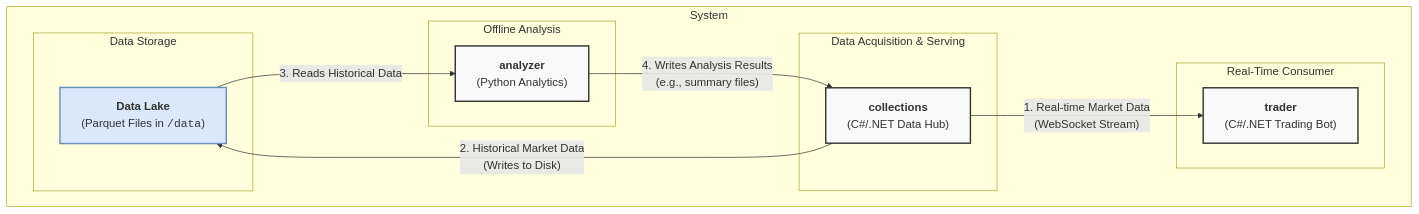
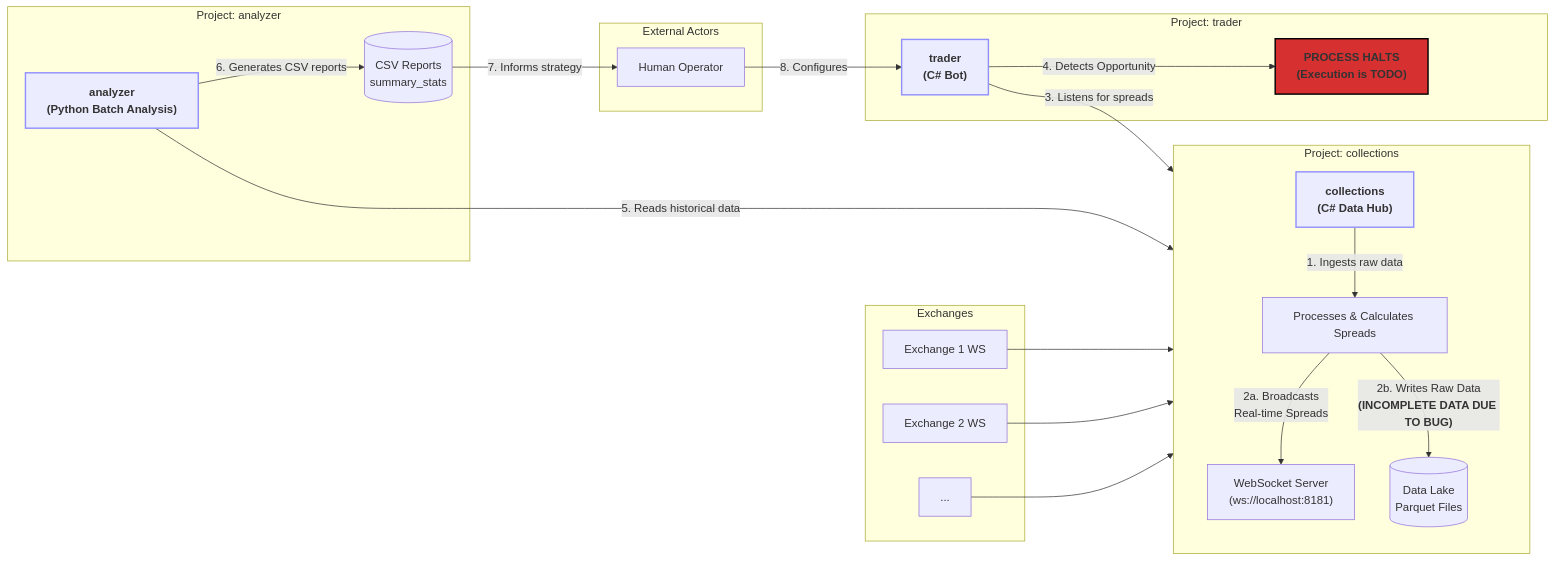
One commit to Gogi213/arb1 changed the diagram in docs/overall_mermaid/system_diagram.mmd. Above: the diagram before and after it, drawn with Mermaid. The commit also changed 13 other files, not shown here.

```diff
--- a/docs/overall_mermaid/system_diagram.mmd
+++ b/docs/overall_mermaid/system_diagram.mmd
@@ -1,29 +1,39 @@
-graph TD
-    subgraph System
-        direction LR
-
-        subgraph "Data Acquisition & Serving"
-            A_Collections["<b>collections</b><br>(C#/.NET Data Hub)"]
-        end
-
-        subgraph "Real-Time Consumer"
-            B_Trader["<b>trader</b><br>(C#/.NET Trading Bot)"]
-        end
-
-        subgraph "Offline Analysis"
-            C_Analyzer["<b>analyzer</b><br>(Python Analytics)"]
-        end
-
-        subgraph "Data Storage"
-            D_DataLake["<b>Data Lake</b><br>(Parquet Files in <code>/data</code>)"]
-        end
+graph LR
+    subgraph Exchanges
+        E1[Exchange 1 WS]
+        E2[Exchange 2 WS]
+        E3[...]
     end
 
-    A_Collections -- "1. Real-time Market Data<br>(WebSocket Stream)" --> B_Trader
-    A_Collections -- "2. Historical Market Data<br>(Writes to Disk)" --> D_DataLake
-    D_DataLake -- "3. Reads Historical Data" --> C_Analyzer
-    C_Analyzer -- "4. Writes Analysis Results<br>(e.g., summary files)" --> A_Collections
+    subgraph "Project: collections"
+        direction TB
+        A["<b>collections</b><br>(C# Data Hub)"]
+        A -- "1. Ingests raw data" --> P1["Processes & Calculates Spreads"]
+        P1 -- "2a. Broadcasts<br>Real-time Spreads" --> WS_Out["WebSocket Server<br>(ws://localhost:8181)"]
+        P1 -- "2b. Writes Raw Data<br><b>(INCOMPLETE DATA DUE TO BUG)</b>" --> D_DataLake[(Data Lake<br>Parquet Files)]
+    end
+    
+    subgraph "Project: trader"
+        B["<b>trader</b><br>(C# Bot)"]
+        B -- "3. Listens for spreads" --> WS_Out
+        B -- "4. Detects Opportunity" --> B_HALT["<b>PROCESS HALTS<br>(Execution is TODO)</b>"]
+        style B_HALT fill:#d63031,stroke:#000,stroke-width:2px
+    end
 
-    classDef default fill:#f9f9f9,stroke:#333,stroke-width:2px;
-    classDef data fill:#dae8fc,stroke:#6c8ebf,stroke-width:2px;
-    class D_DataLake data;
+    subgraph "Project: analyzer"
+        C["<b>analyzer</b><br>(Python Batch Analysis)"]
+        C -- "5. Reads historical data" --> D_DataLake
+        C -- "6. Generates CSV reports" --> C_Reports[(CSV Reports<br>summary_stats)]
+    end
+    
+    subgraph "External Actors"
+        U[Human Operator]
+    end
+
+    E1 & E2 & E3 --> A
+    
+    C_Reports -- "7. Informs strategy" --> U
+    U -- "8. Configures" --> B
+
+    classDef project fill:#ececff,stroke:#9090ff,stroke-width:2px,font-weight:bold
+    class A,B,C project
```
